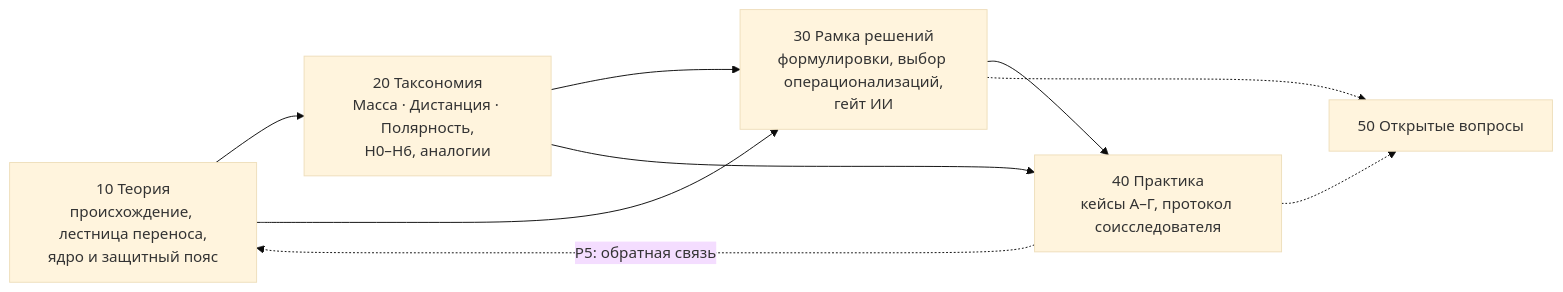
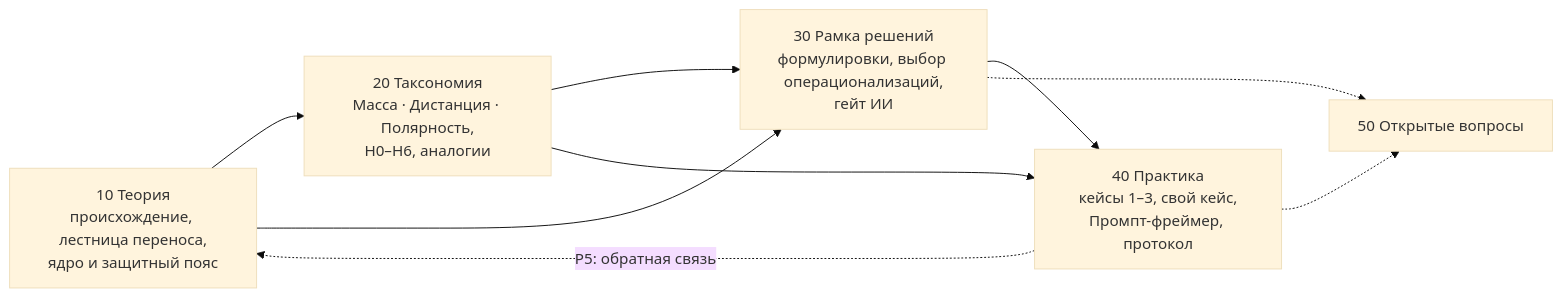
The diagram in research/reputation-technologies/gra-research-program/00-introduction.md (G-Ivan-A/hybrid-Intelligence-lab), drawn with Mermaid (base theme) before and after one commit. The commit also changed other lines of this file and 3 other files, not shown here.

````diff
--- a/research/reputation-technologies/gra-research-program/00-introduction.md
+++ b/research/reputation-technologies/gra-research-program/00-introduction.md
@@ -119,11 +131,11 @@
 ```mermaid
 flowchart LR
   T["10 Теория<br/>происхождение, лестница переноса,<br/>ядро и защитный пояс"] --> X["20 Таксономия<br/>Масса · Дистанция · Полярность,<br/>H0–H6, аналогии"]
   T --> D["30 Рамка решений<br/>формулировки, выбор операционализаций,<br/>гейт ИИ"]
   X --> D
-  D --> P["40 Практика<br/>кейсы А–Г, протокол соисследователя"]
+  D --> P["40 Практика<br/>кейсы 1–3, свой кейс,<br/>Промпт-фреймер, протокол"]
   X --> P
   P -. "P5: обратная связь" .-> T
   P -.-> O["50 Открытые вопросы"]
   D -.-> O
 ```
````
